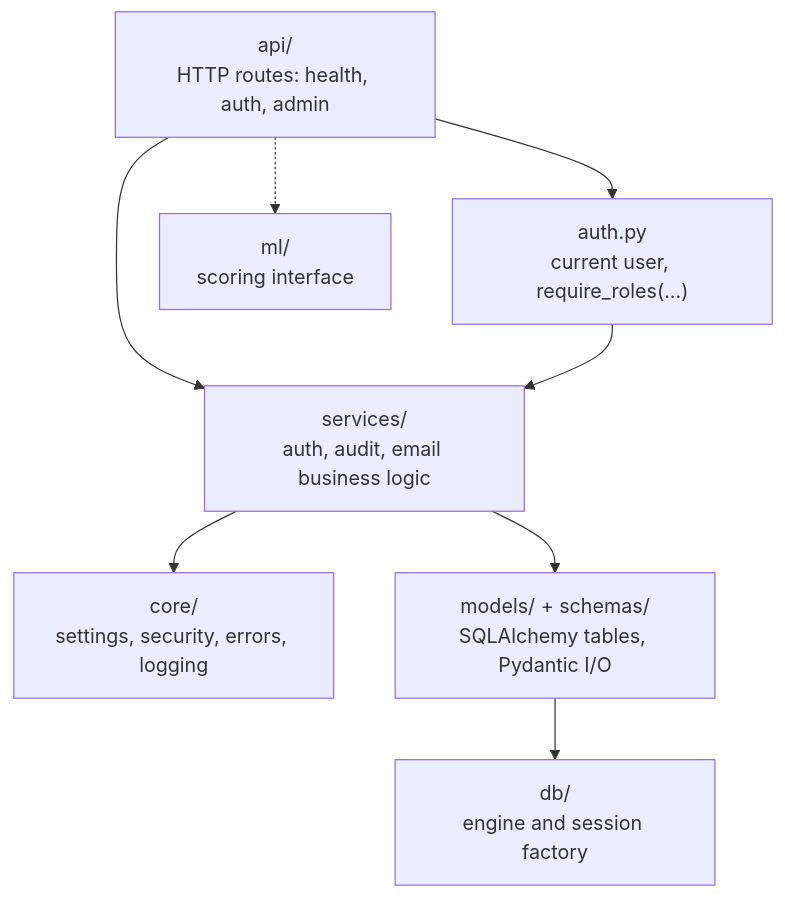
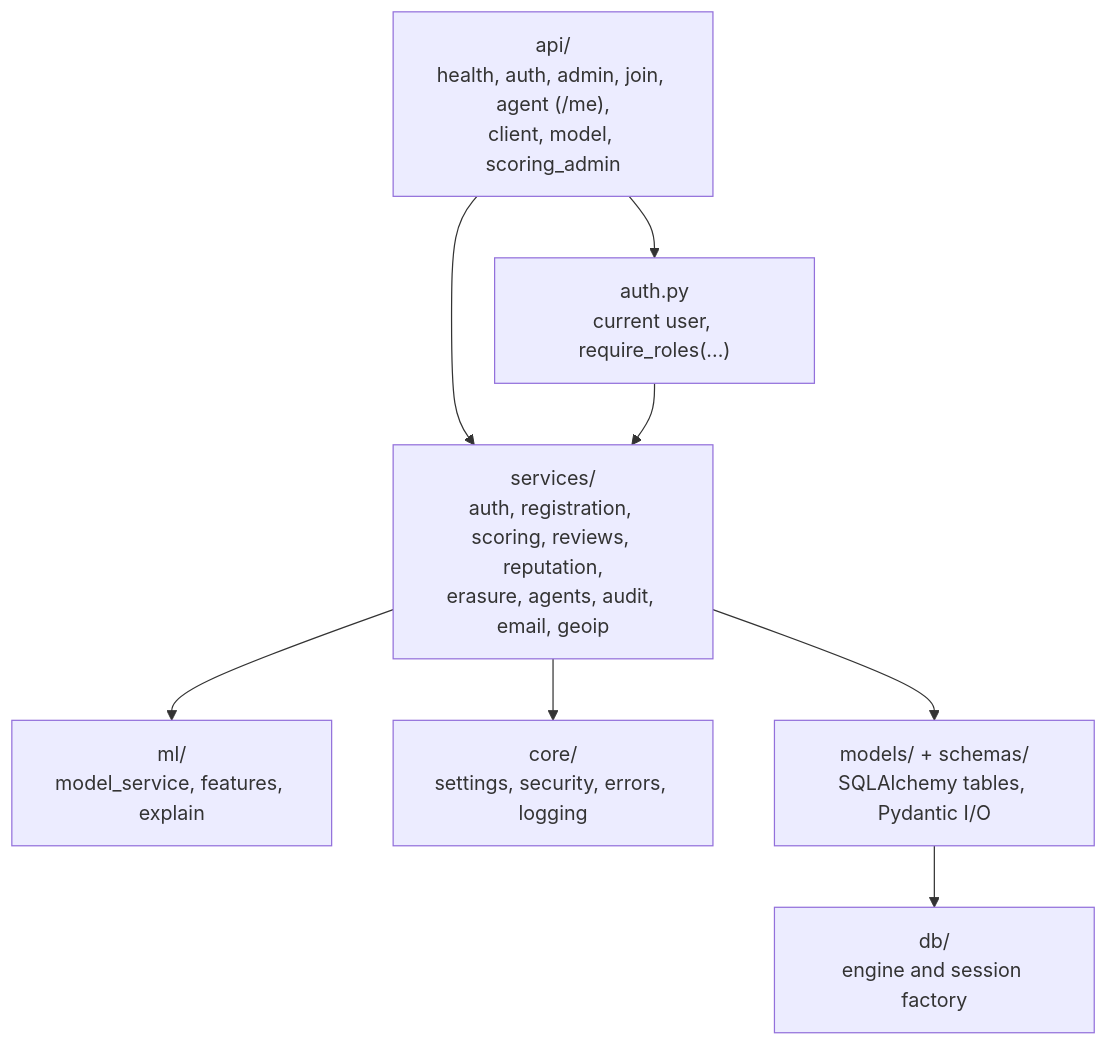
The second of 3 diagrams in docs/architecture.md (Myranyamwanda/Salesmesh), drawn with Mermaid before and after one commit. The commit also changed other lines of this file, not shown here.

Commit message:
docs: describe the integrated model in the architecture overview

````diff
--- a/docs/architecture.md
+++ b/docs/architecture.md
@@ -35,18 +37,18 @@
 ```mermaid
 flowchart TB
-    routes["api/<br/>HTTP routes: health, auth, admin"]
+    routes["api/<br/>health, auth, admin, join, agent (/me),<br/>client, model, scoring_admin"]
     deps["auth.py<br/>current user, require_roles(...)"]
-    services["services/<br/>auth, audit, email business logic"]
+    services["services/<br/>auth, registration, scoring, reviews, reputation,<br/>erasure, agents, audit, email, geoip"]
+    ml["ml/<br/>model_service, features, explain"]
     core["core/<br/>settings, security, errors, logging"]
     models["models/ + schemas/<br/>SQLAlchemy tables, Pydantic I/O"]
     db["db/<br/>engine and session factory"]
-    ml["ml/<br/>scoring interface"]
 
     routes --> deps
     routes --> services
     deps --> services
+    services --> ml
     services --> models
     services --> core
     models --> db
-    routes -.-> ml
 ```
````
